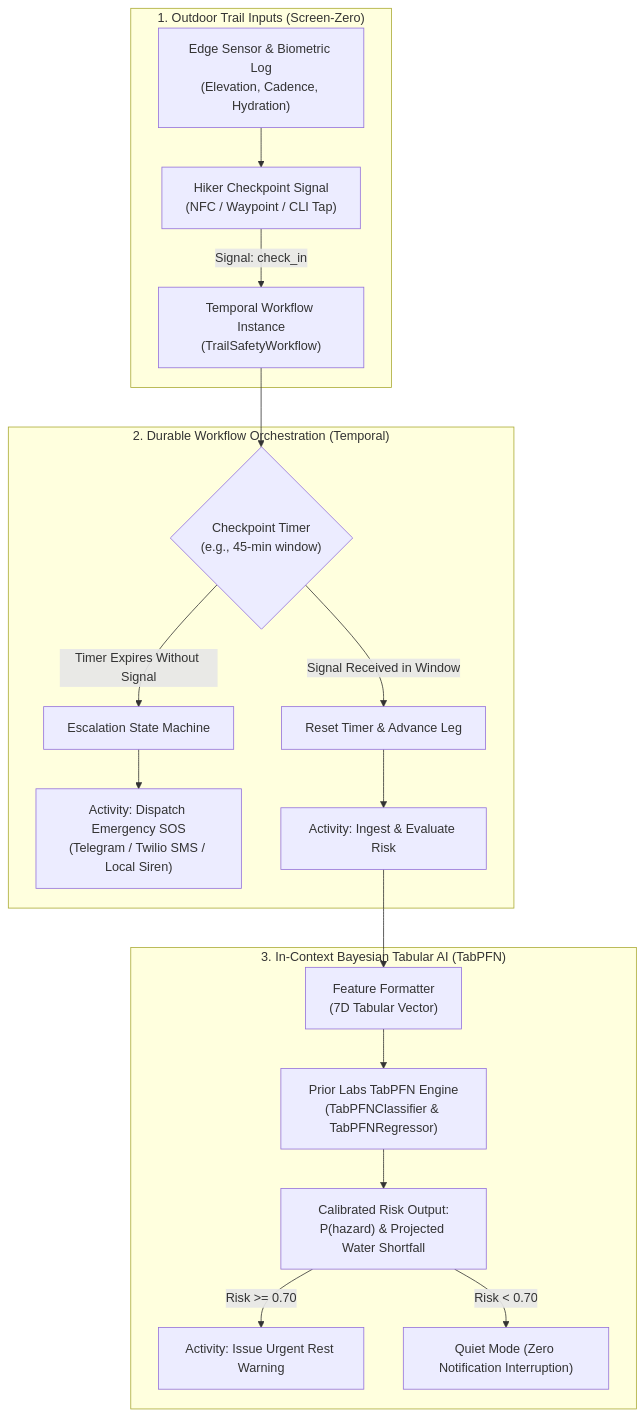
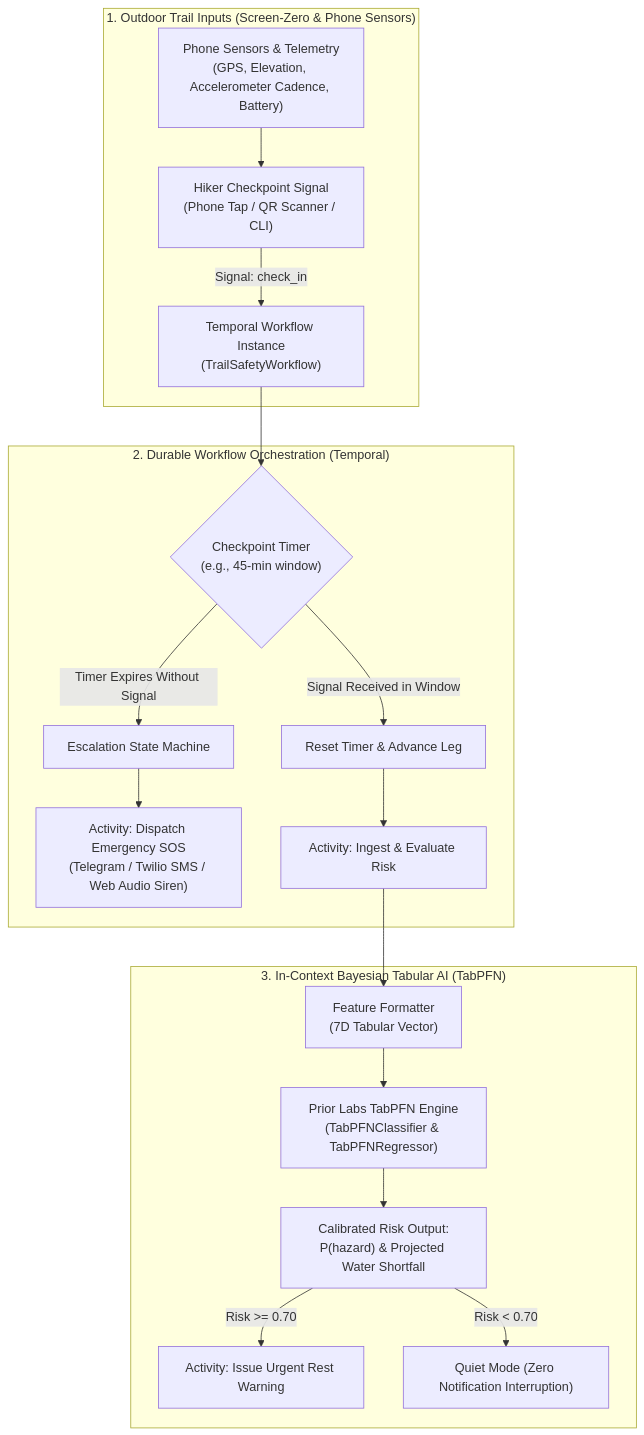
One commit to Labreo/trailsafe changed the diagram in README.md. Above: the diagram before and after it, drawn with Mermaid. The commit also changed other lines of this file and 41 other files, not shown here.

Commit message:
feat: complete TrailSafe offline PWA, TabPFN Bayesian engine, Temporal durable workflows, automated test suite, and DEV challenge submission dossier

````diff
--- a/README.md
+++ b/README.md
@@ -25,23 +35,23 @@
 ```mermaid
 graph TD
-    subgraph "1. Outdoor Trail Inputs (Screen-Zero)"
-        A["Hiker Checkpoint Signal<br/>(NFC / Waypoint / CLI Tap)"] -->|Signal: check_in| B["Temporal Workflow Instance<br/>(TrailSafetyWorkflow)"]
-        C["Edge Sensor & Biometric Log<br/>(Elevation, Cadence, Hydration)"] --> A
+    subgraph "1. Outdoor Trail Inputs (Screen-Zero & Phone Sensors)"
+        A["Hiker Checkpoint Signal<br/>(Phone Tap / QR Scanner / CLI)"] -->|Signal: check_in| B["Temporal Workflow Instance<br/>(TrailSafetyWorkflow)"]
+        C["Phone Sensors & Telemetry<br/>(GPS, Elevation, Accelerometer Cadence, Battery)"] --> A
     end
 
     subgraph "2. Durable Workflow Orchestration (Temporal)"
         B --> D{"Checkpoint Timer<br/>(e.g., 45-min window)"}
         D -->|Signal Received in Window| E["Reset Timer & Advance Leg"]
         D -->|Timer Expires Without Signal| F["Escalation State Machine"]
-        F --> G["Activity: Dispatch Emergency SOS<br/>(Telegram / Twilio SMS / Local Siren)"]
+        F --> G["Activity: Dispatch Emergency SOS<br/>(Telegram / Twilio SMS / Web Audio Siren)"]
         E --> H["Activity: Ingest & Evaluate Risk"]
     end
 
     subgraph "3. In-Context Bayesian Tabular AI (TabPFN)"
         H --> I["Feature Formatter<br/>(7D Tabular Vector)"]
         I --> J["Prior Labs TabPFN Engine<br/>(TabPFNClassifier & TabPFNRegressor)"]
         J --> K["Calibrated Risk Output:<br/>P(hazard) & Projected Water Shortfall"]
         K -->|Risk >= 0.70| L["Activity: Issue Urgent Rest Warning"]
         K -->|Risk < 0.70| M["Quiet Mode (Zero Notification Interruption)"]
     end
 ```
````
